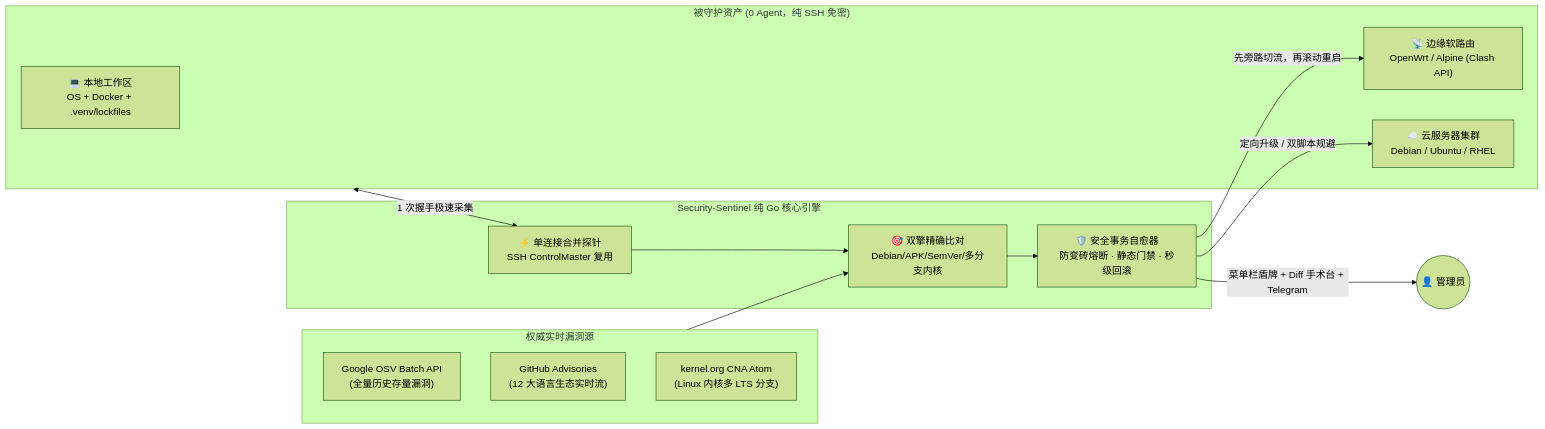
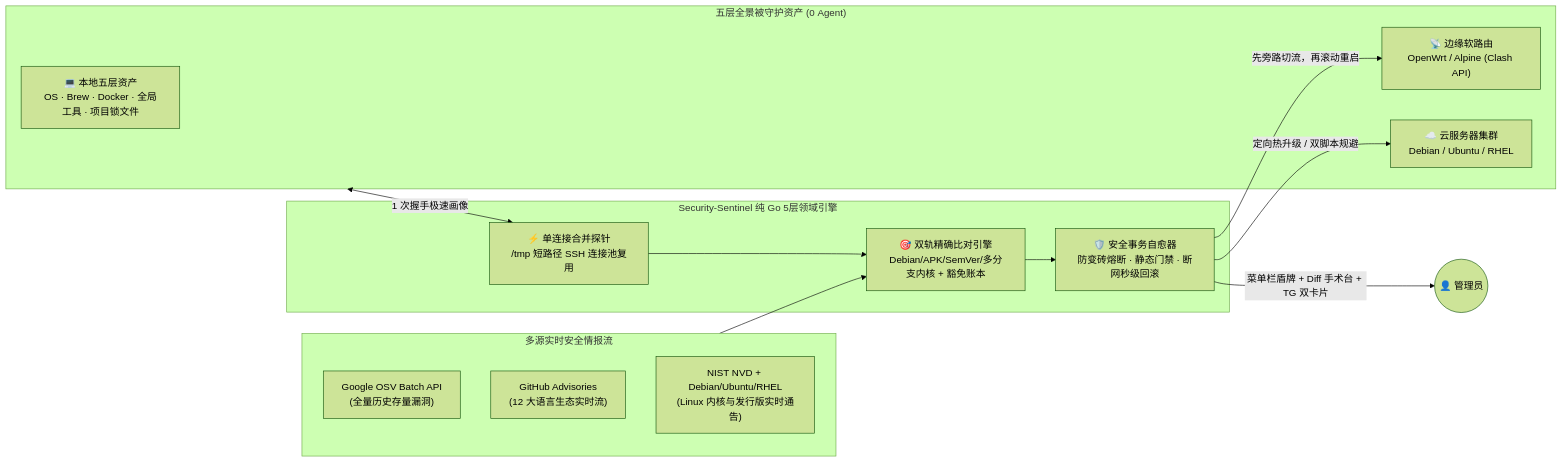
Before and after one commit to sixban6/security-sentinel: the diagram in README.md, drawn with Mermaid (forest theme). The commit also changed other lines of this file and 2 other files, not shown here.

````diff
--- a/README.md
+++ b/README.md
@@ -113,26 +123,26 @@
 ```mermaid
 flowchart LR
-    subgraph Targets["被守护资产 (0 Agent，纯 SSH 免密)"]
-        LOCAL["💻 本地工作区<br/>OS + Docker + .venv/lockfiles"]
+    subgraph Targets["五层全景被守护资产 (0 Agent)"]
+        LOCAL["💻 本地五层资产<br/>OS · Brew · Docker · 全局工具 · 项目锁文件"]
         OPENWRT["📡 边缘软路由<br/>OpenWrt / Alpine (Clash API)"]
         CLOUD["☁️ 云服务器集群<br/>Debian / Ubuntu / RHEL"]
     end
 
-    subgraph Core["Security-Sentinel 纯 Go 核心引擎"]
-        PROBE["⚡ 单连接合并探针<br/>SSH ControlMaster 复用"]
-        MATCH["🎯 双擎精确比对<br/>Debian/APK/SemVer/多分支内核"]
-        GUARD["🛡️ 安全事务自愈器<br/>防变砖熔断 · 静态门禁 · 秒级回滚"]
+    subgraph Core["Security-Sentinel 纯 Go 5层领域引擎"]
+        PROBE["⚡ 单连接合并探针<br/>/tmp 短路径 SSH 连接池复用"]
+        MATCH["🎯 双轨精确比对引擎<br/>Debian/APK/SemVer/多分支内核 + 豁免账本"]
+        GUARD["🛡️ 安全事务自愈器<br/>防变砖熔断 · 静态门禁 · 断网秒级回滚"]
     end
 
-    subgraph Feeds["权威实时漏洞源"]
+    subgraph Feeds["多源实时安全情报流"]
         OSV["Google OSV Batch API<br/>(全量历史存量漏洞)"]
         GHSA["GitHub Advisories<br/>(12 大语言生态实时流)"]
-        KORG["kernel.org CNA Atom<br/>(Linux 内核多 LTS 分支)"]
+        OSKERNEL["NIST NVD + Debian/Ubuntu/RHEL<br/>(Linux 内核与发行版实时通告)"]
     end
 
     Feeds --> MATCH
-    Targets <-->|"1 次握手极速采集"| PROBE --> MATCH --> GUARD
+    Targets <-->|"1 次握手极速画像"| PROBE --> MATCH --> GUARD
     GUARD -->|"先旁路切流，再滚动重启"| OPENWRT
-    GUARD -->|"定向升级 / 双脚本规避"| CLOUD
-    GUARD -->|"菜单栏盾牌 + Diff 手术台 + Telegram"| User(("👤 管理员"))
+    GUARD -->|"定向热升级 / 双脚本规避"| CLOUD
+    GUARD -->|"菜单栏盾牌 + Diff 手术台 + TG 双卡片"| User(("👤 管理员"))
 ```
````
